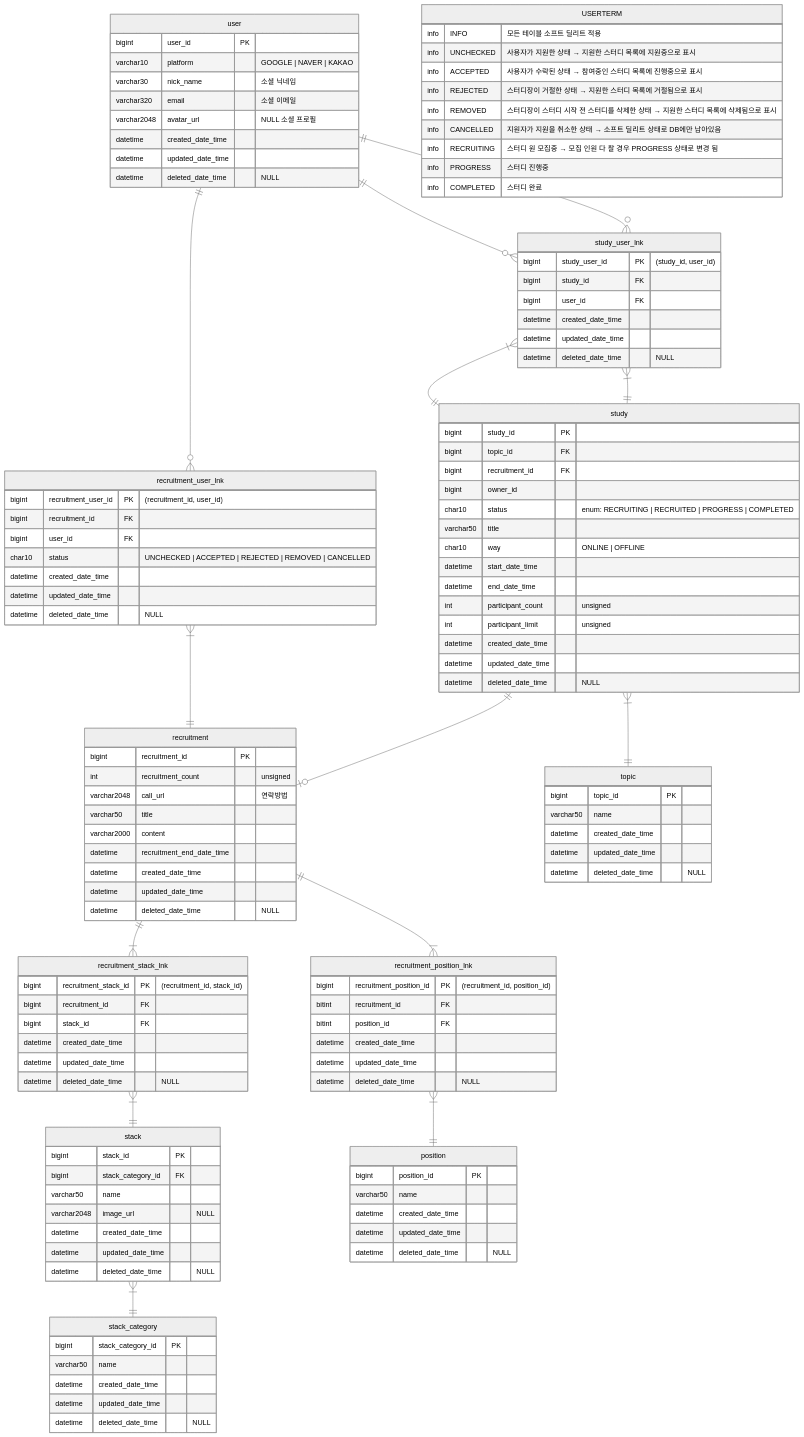
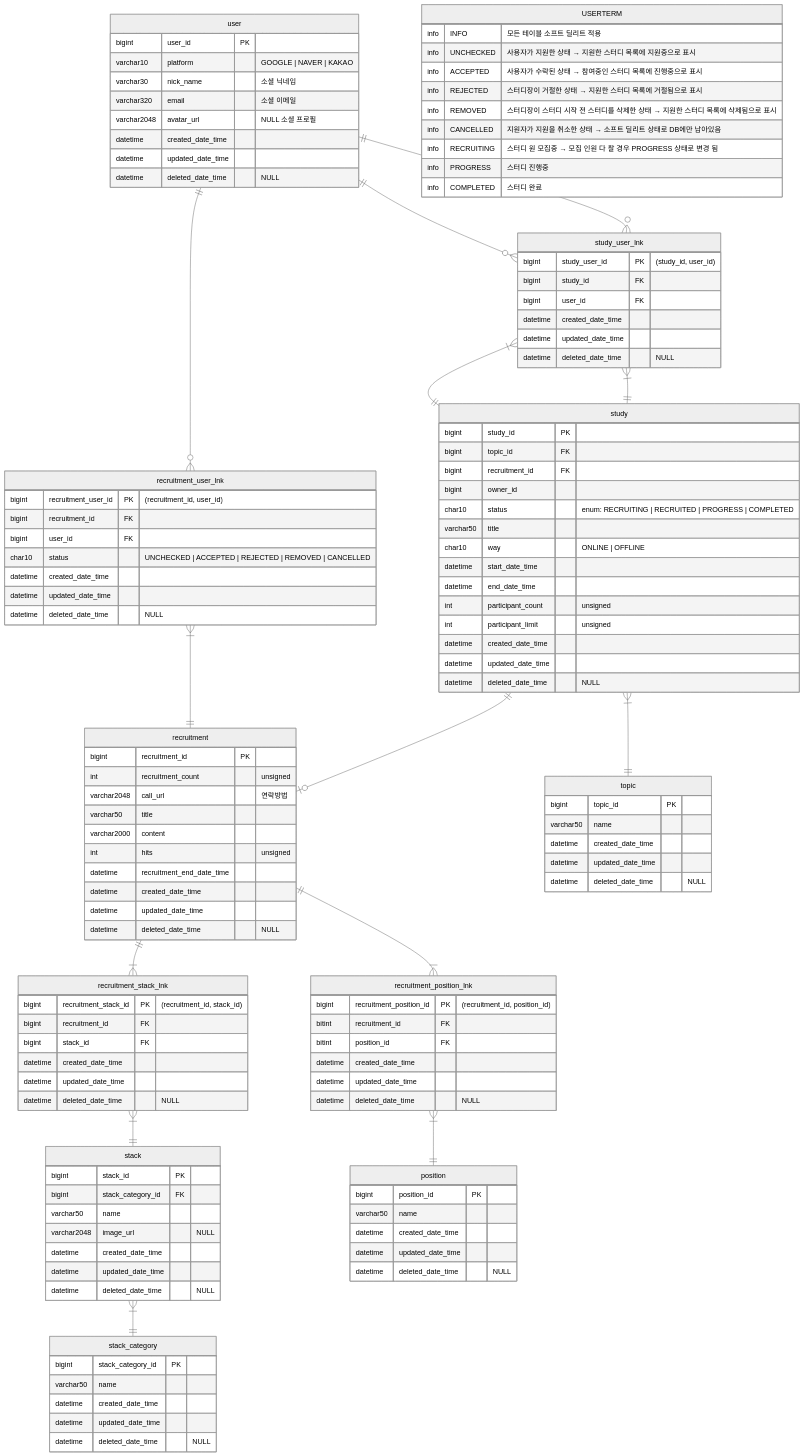
One commit to Ludo-SMP/ludo-backend changed the diagram in docs/erd.md. Above: the diagram before and after it, drawn with Mermaid.

Commit message:
docs: add table column to recruitment table
recruitment 테이블에 hits 조회수 컬럼 추가

```diff
--- a/docs/erd.md
+++ b/docs/erd.md
@@ -202,6 +202,7 @@
         varchar2048 call_url "연락방법"
         varchar50 title
         varchar2000 content
+        int hits "unsigned"
         datetime recruitment_end_date_time
         datetime created_date_time
         datetime updated_date_time
```
